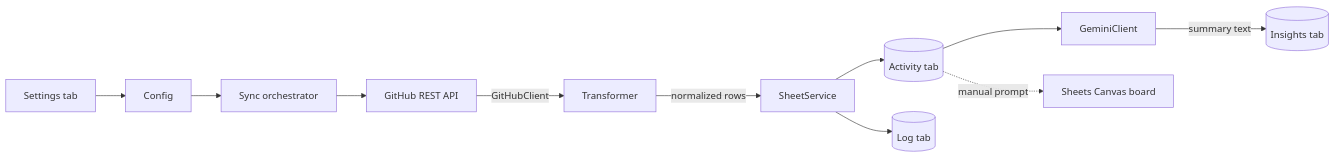
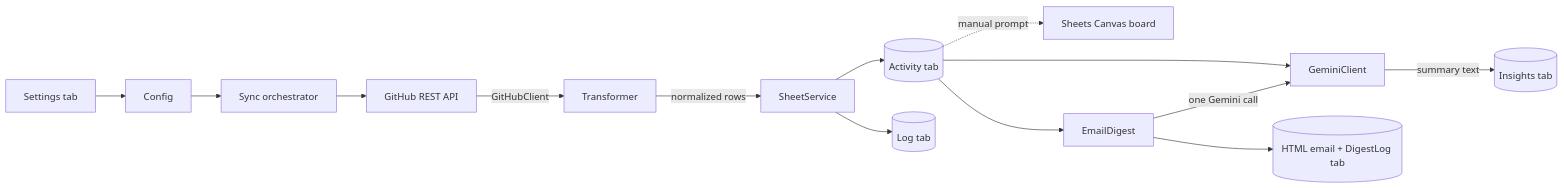
One commit to Joel-Fah/repo-to-sheets changed the diagram in ARCHITECTURE.md. Above: the diagram before and after it, drawn with Mermaid. The commit also changed other lines of this file and 5 other files, not shown here.

Commit message:
docs: document the email digest, ADR 0003, previews, and the new components

````diff
--- a/ARCHITECTURE.md
+++ b/ARCHITECTURE.md
@@ -15,13 +15,16 @@
 ```mermaid
 flowchart LR
     A[GitHub REST API] -->|GitHubClient| B[Transformer]
     B -->|normalized rows| C[SheetService]
     C --> D[(Activity tab)]
     C --> E[(Log tab)]
     D --> F[GeminiClient]
     F -->|summary text| G[(Insights tab)]
     D -.manual prompt.-> H[Sheets Canvas board]
+    D --> L[EmailDigest]
+    L -->|one Gemini call| F
+    L --> M[(HTML email + DigestLog tab)]
     I[Settings tab] --> J[Config]
     J --> K[Sync orchestrator]
     K --> A
 ```
````
